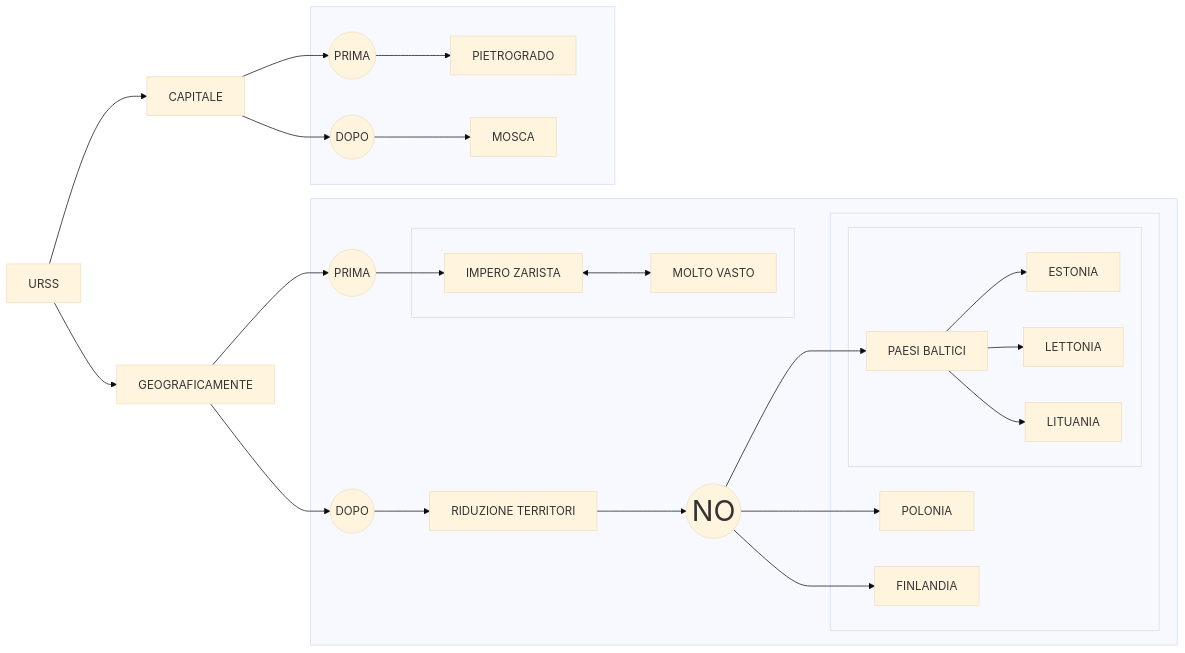
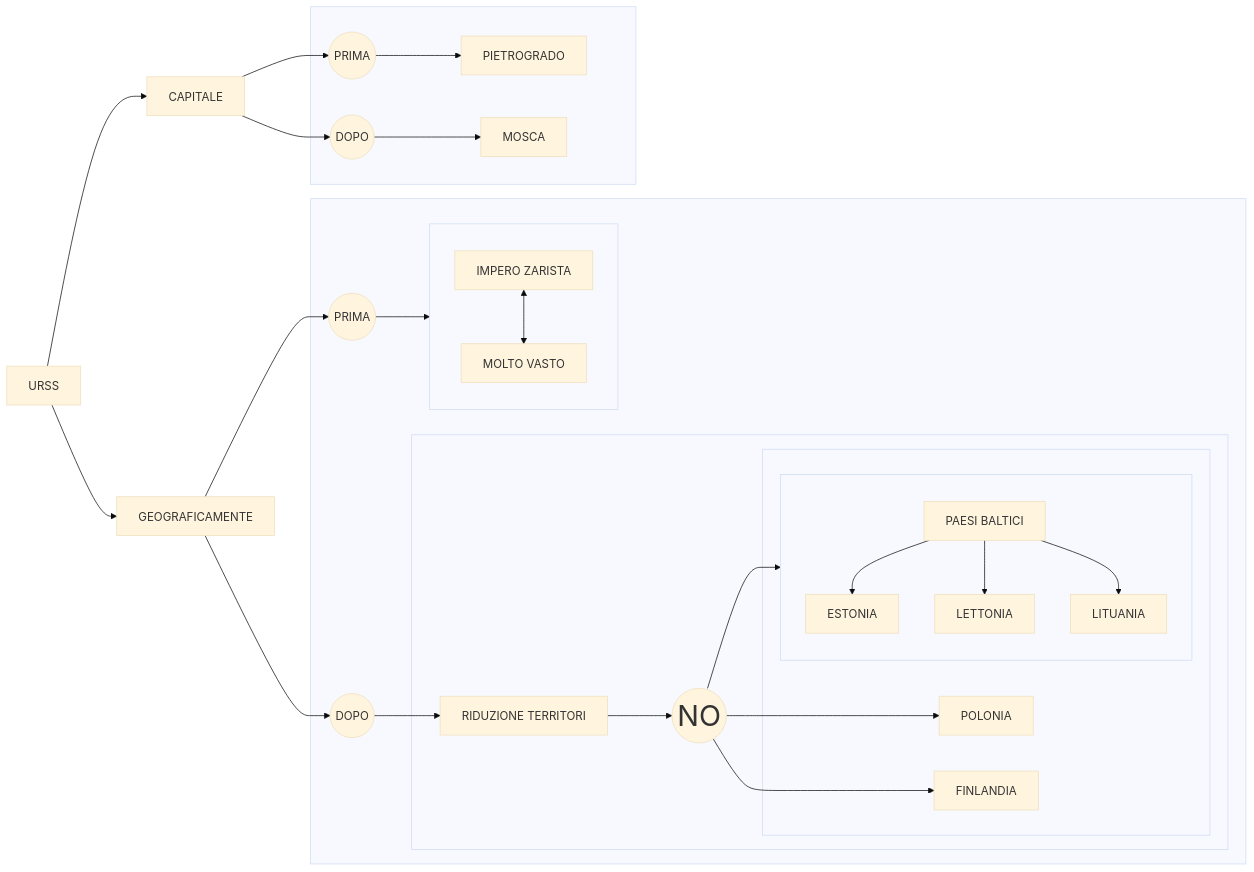
One commit to Laaouatni/ricerca-storia-MermaidJS changed the diagram in prova.md. Above: the diagram before and after it, drawn with Mermaid (base theme).

````diff
--- a/prova.md
+++ b/prova.md
@@ -1,56 +1,58 @@
 ```mermaid
 flowchart LR
     0[URSS]
     
     1[CAPITALE]
     subgraph 4[" "]
         10((PRIMA))
         100[PIETROGRADO]
         11((DOPO))
         110[MOSCA]
     end
 
     2[GEOGRAFICAMENTE]
 
     subgraph 5[" "]
         20((PRIMA))
 
         subgraph 6[" "]
           200[IMPERO ZARISTA]
           201[MOLTO VASTO]
           200 <--> 201
         end
 
         21((DOPO))
+        subgraph 9[" "]
 
-        210[RIDUZIONE TERRITORI]
-        2100((NO))
-        style 2100 font-size: 40px;
+            210[RIDUZIONE TERRITORI]
+            2100((NO))
+            style 2100 font-size: 40px;
 
-        subgraph 7[" "]
-          30[POLONIA]
+            subgraph 7[" "]
+              30[POLONIA]
 
-          subgraph 8[" "]
-            31[PAESI BALTICI]
-            310[ESTONIA]
-            311[LETTONIA]
-            312[LITUANIA]
-          end
+              subgraph 8[" "]
+                31[PAESI BALTICI]
+                310[ESTONIA]
+                311[LETTONIA]
+                312[LITUANIA]
+              end
 
-          32[FINLANDIA]
+              32[FINLANDIA]
+            end
         end
     end
 
     0 --> 1 & 2
     1 --> 10 & 11
     10 --> 100
     11 --> 110
     2 --> 20 & 21
-    20 --> 200
+    20 --> 6
     21 --> 210
     210 --> 2100
-    2100 --> 30 & 31 & 32
+    2100 --> 30 & 8 & 32
     31 --> 310 & 311 & 312
 
 
 ```
````
